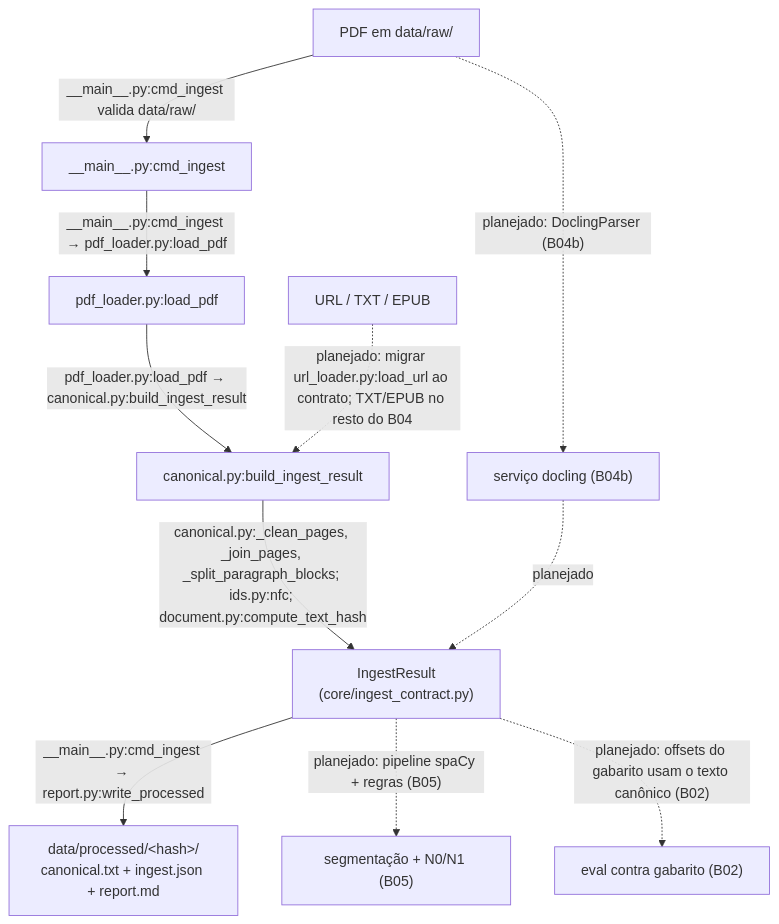
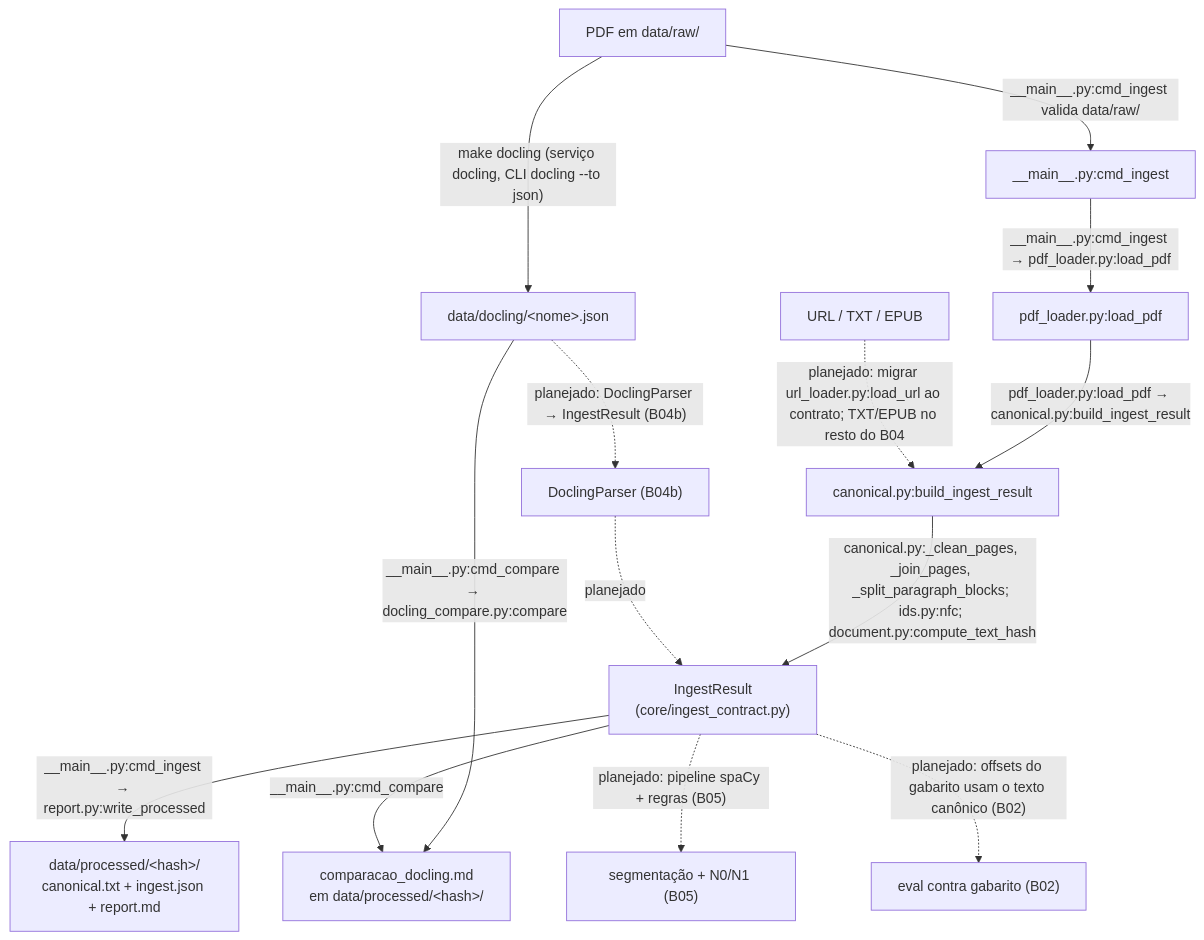
Before and after one commit to lld-git/map-relations: the diagram in docs/mapa/fluxo.md, drawn with Mermaid. The commit also changed other lines of this file and 16 other files, not shown here.

````diff
--- a/docs/mapa/fluxo.md
+++ b/docs/mapa/fluxo.md
@@ -6,26 +6,33 @@
 ```mermaid
 flowchart TB
     PDF["PDF em data/raw/"]
     CLI["__main__.py:cmd_ingest"]
     LOAD["pdf_loader.py:load_pdf"]
     BUILD["canonical.py:build_ingest_result"]
     RESULT["IngestResult<br/>(core/ingest_contract.py)"]
     OUT["data/processed/&lt;hash&gt;/<br/>canonical.txt + ingest.json + report.md"]
 
     PDF -->|"__main__.py:cmd_ingest valida data/raw/"| CLI
     CLI -->|"__main__.py:cmd_ingest → pdf_loader.py:load_pdf"| LOAD
     LOAD -->|"pdf_loader.py:load_pdf → canonical.py:build_ingest_result"| BUILD
     BUILD -->|"canonical.py:_clean_pages, _join_pages, _split_paragraph_blocks; ids.py:nfc; document.py:compute_text_hash"| RESULT
     RESULT -->|"__main__.py:cmd_ingest → report.py:write_processed"| OUT
 
+    DOCJSON["data/docling/&lt;nome&gt;.json"]
+    COMPARE["comparacao_docling.md<br/>em data/processed/&lt;hash&gt;/"]
+
+    PDF -->|"make docling (serviço docling, CLI docling --to json)"| DOCJSON
+    DOCJSON -->|"__main__.py:cmd_compare → docling_compare.py:compare"| COMPARE
+    RESULT -->|"__main__.py:cmd_compare"| COMPARE
+
     URL["URL / TXT / EPUB"]
-    DOCLING["serviço docling (B04b)"]
+    DOCLINGPARSER["DoclingParser (B04b)"]
     SEG["segmentação + N0/N1 (B05)"]
     EVAL["eval contra gabarito (B02)"]
 
     URL -.->|"planejado: migrar url_loader.py:load_url ao contrato; TXT/EPUB no resto do B04"| BUILD
-    PDF -.->|"planejado: DoclingParser (B04b)"| DOCLING
-    DOCLING -.->|"planejado"| RESULT
+    DOCJSON -.->|"planejado: DoclingParser → IngestResult (B04b)"| DOCLINGPARSER
+    DOCLINGPARSER -.->|"planejado"| RESULT
     RESULT -.->|"planejado: pipeline spaCy + regras (B05)"| SEG
     RESULT -.->|"planejado: offsets do gabarito usam o texto canônico (B02)"| EVAL
 ```
````
